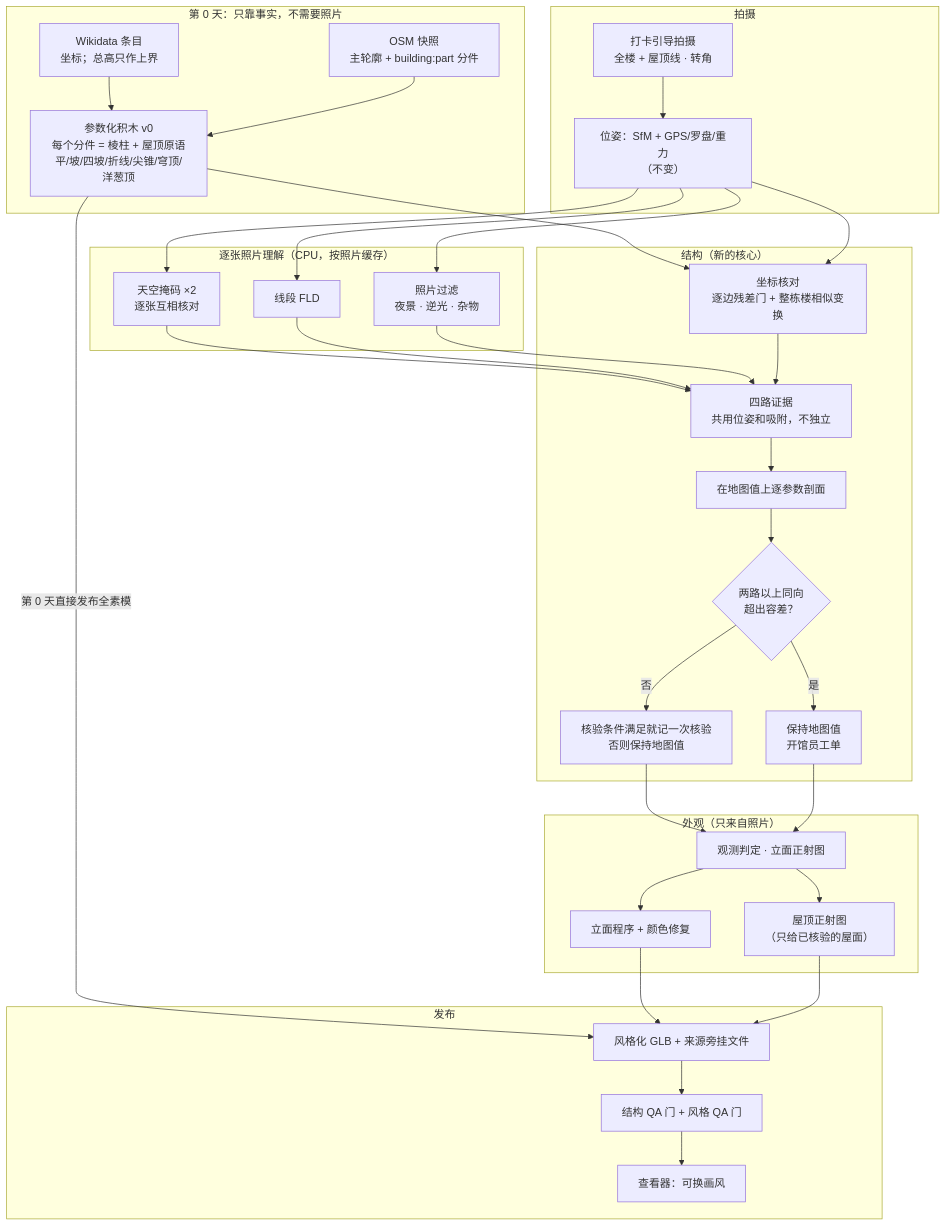
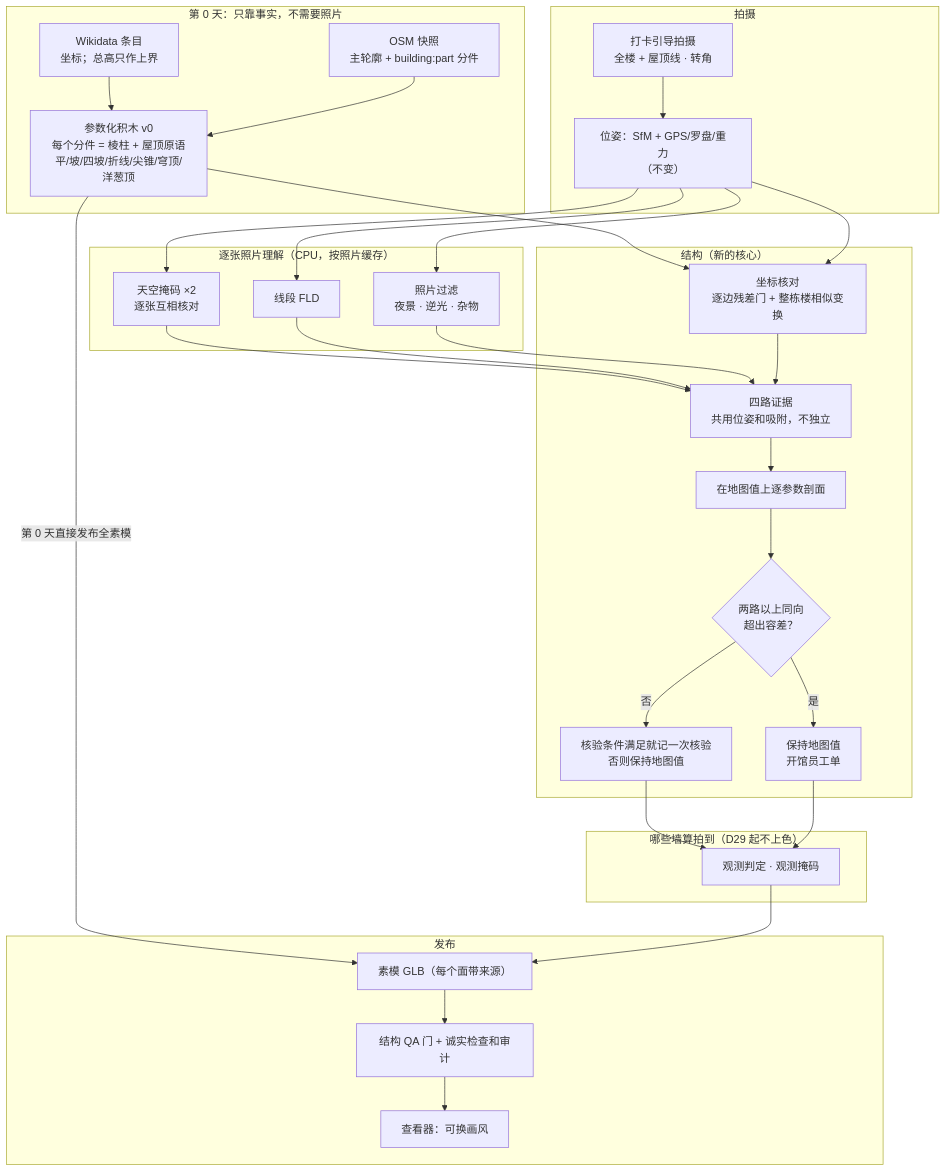
Before and after one commit to h2zh/temp: the first of 5 diagrams in docs/STRUCTURE_FIRST.md, drawn with Mermaid. The commit also changed other lines of this file and 9 other files, not shown here.

````diff
--- a/docs/STRUCTURE_FIRST.md
+++ b/docs/STRUCTURE_FIRST.md
@@ -72,55 +72,52 @@
 ```mermaid
 flowchart TB
   subgraph D0["第 0 天：只靠事实，不需要照片"]
     A1["Wikidata 条目<br/>坐标；总高只作上界"]
     A2["OSM 快照<br/>主轮廓 + building:part 分件"]
     A3["参数化积木 v0<br/>每个分件 = 棱柱 + 屋顶原语<br/>平/坡/四坡/折线/尖锥/穹顶/洋葱顶"]
     A1 --> A3
     A2 --> A3
   end
   subgraph CAP["拍摄"]
     B1["打卡引导拍摄<br/>全楼 + 屋顶线 · 转角"]
     B2["位姿：SfM + GPS/罗盘/重力<br/>（不变）"]
     B1 --> B2
   end
   subgraph PER["逐张照片理解（CPU，按照片缓存）"]
     C1["天空掩码 ×2<br/>逐张互相核对"]
     C2["线段 FLD"]
     C3["照片过滤<br/>夜景 · 逆光 · 杂物"]
   end
   subgraph STR["结构（新的核心）"]
     D1["坐标核对<br/>逐边残差门 + 整栋楼相似变换"]
     D2["四路证据<br/>共用位姿和吸附，不独立"]
     D3["在地图值上逐参数剖面"]
     D4{"两路以上同向<br/>超出容差？"}
     D5["核验条件满足就记一次核验<br/>否则保持地图值"]
     D6["保持地图值<br/>开馆员工单"]
   end
-  subgraph APP["外观（只来自照片）"]
-    E1["观测判定 · 立面正射图"]
-    E2["立面程序 + 颜色修复"]
-    E3["屋顶正射图<br/>（只给已核验的屋面）"]
+  subgraph APP["哪些墙算拍到（D29 起不上色）"]
+    E1["观测判定 · 观测掩码"]
   end
   subgraph OUT["发布"]
-    F1["风格化 GLB + 来源旁挂文件"]
-    F2["结构 QA 门 + 风格 QA 门"]
+    F1["素模 GLB（每个面带来源）"]
+    F2["结构 QA 门 + 诚实检查和审计"]
     F3["查看器：可换画风"]
   end
   A3 -->|"第 0 天直接发布全素模"| F1
   A3 --> D1
   B2 --> C1
   B2 --> C2
   B2 --> C3
   B2 --> D1
   C1 --> D2
   C2 --> D2
   C3 --> D2
   D1 --> D2 --> D3 --> D4
   D4 -->|"否"| D5
   D4 -->|"是"| D6
   D5 --> E1
   D6 --> E1
-  E1 --> E2 --> F1
-  E1 --> E3 --> F1
+  E1 --> F1
   F1 --> F2 --> F3
 ```
````
